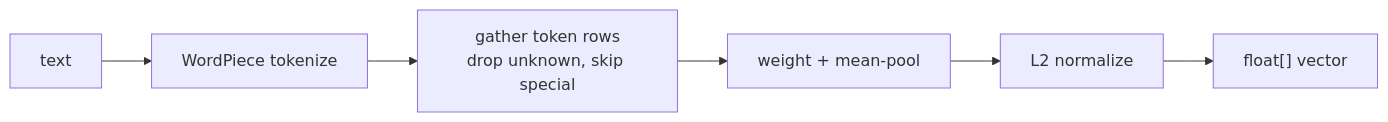
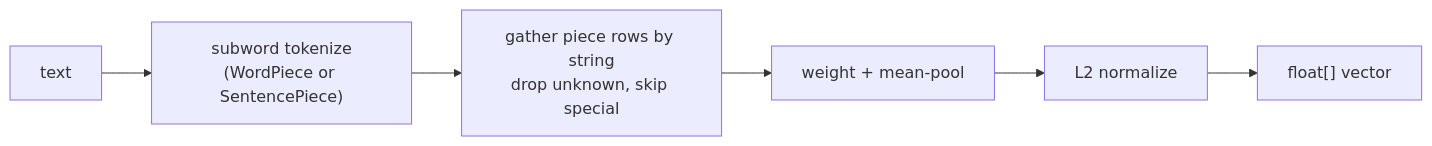
The first of 3 diagrams in opennlp-extensions/opennlp-embeddings/README.md (ai-pipestream/opennlp), drawn with Mermaid before and after one commit. The commit also changed other lines of this file and 14 other files, not shown here.

First line of the commit message:
OPENNLP-1877: Support SentencePiece models through the SubwordTokenizer seam

````diff
--- a/opennlp-extensions/opennlp-embeddings/README.md
+++ b/opennlp-extensions/opennlp-embeddings/README.md
@@ -48,8 +54,8 @@
 ```mermaid
 flowchart LR
-  A["text"] --> B["WordPiece tokenize"]
-  B --> C["gather token rows<br/>drop unknown, skip special"]
+  A["text"] --> B["subword tokenize<br/>(WordPiece or SentencePiece)"]
+  B --> C["gather piece rows by string<br/>drop unknown, skip special"]
   C --> D["weight + mean-pool"]
   D --> E["L2 normalize"]
   E --> F["float[] vector"]
 ```
````
